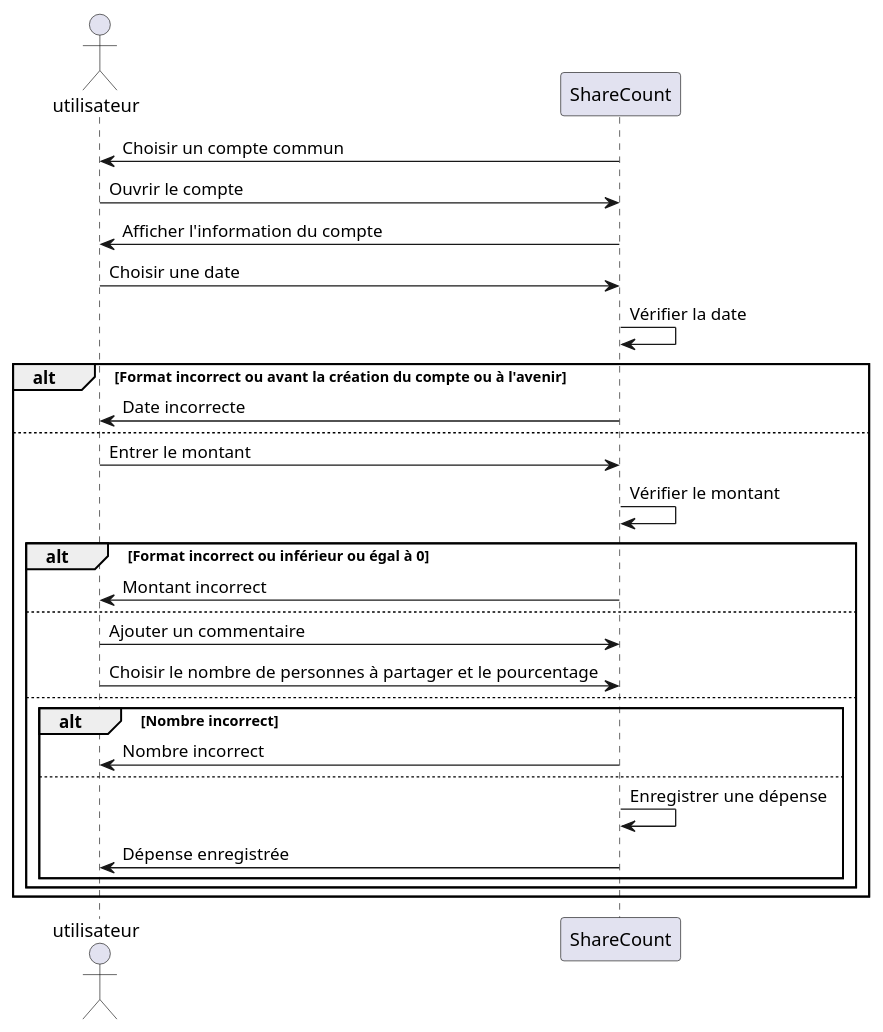
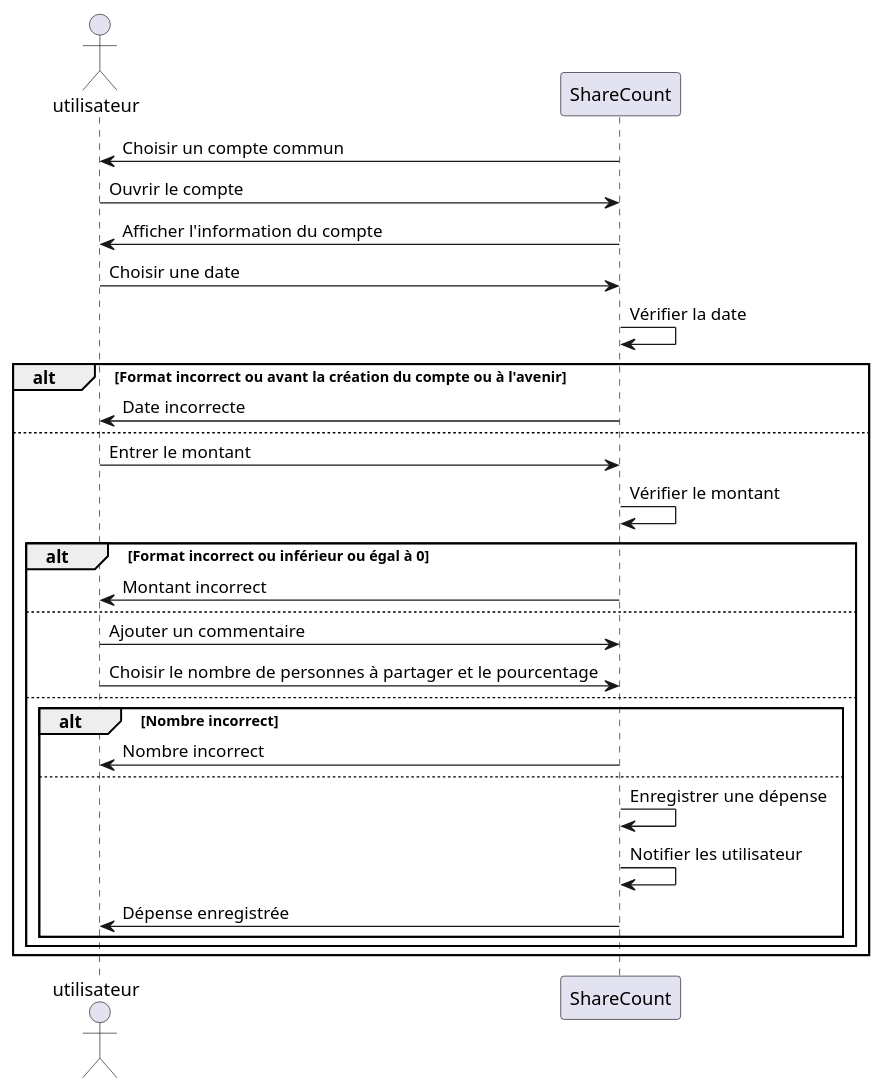
Before and after one commit to lmtb06/sharecount: the diagram in diagrammes/specification/sequence/enregistrer-une-depense.puml, drawn with PlantUML. The commit also changed 4 other files, not shown here.

Commit message:
Modification des diagrammes 7-10

```diff
--- a/diagrammes/specification/sequence/enregistrer-une-depense.puml
+++ b/diagrammes/specification/sequence/enregistrer-une-depense.puml
@@ -1,37 +1,39 @@
 @startuml  Enregistrer une dépense
 
 actor utilisateur as u
 participant ShareCount as sc
 
 sc -> u : Choisir un compte commun
 u -> sc : Ouvrir le compte
 sc -> u : Afficher l'information du compte
 u -> sc : Choisir une date
 sc -> sc : Vérifier la date
 
 alt Format incorrect ou avant la création du compte ou à l'avenir
 sc -> u : Date incorrecte
 else
 
 
 u -> sc : Entrer le montant
 sc -> sc : Vérifier le montant
 alt Format incorrect ou inférieur ou égal à 0
 sc -> u : Montant incorrect
 else
 
 u -> sc : Ajouter un commentaire
 u -> sc : Choisir le nombre de personnes à partager et le pourcentage
 else
 
 alt Nombre incorrect
 sc -> u : Nombre incorrect
 else
 
 sc -> sc : Enregistrer une dépense
+sc -> sc : Notifier les utilisateur
+
 sc -> u : Dépense enregistrée
 
 end
 end
 end
 @enduml
```
